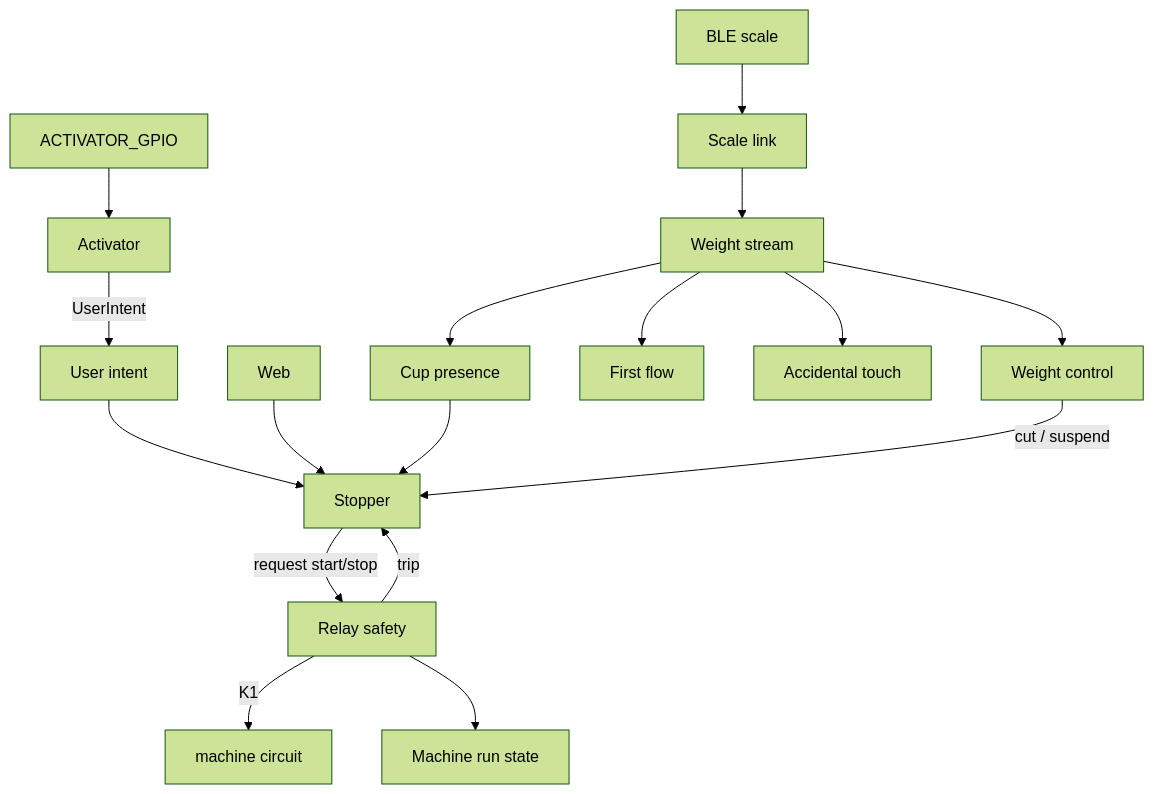
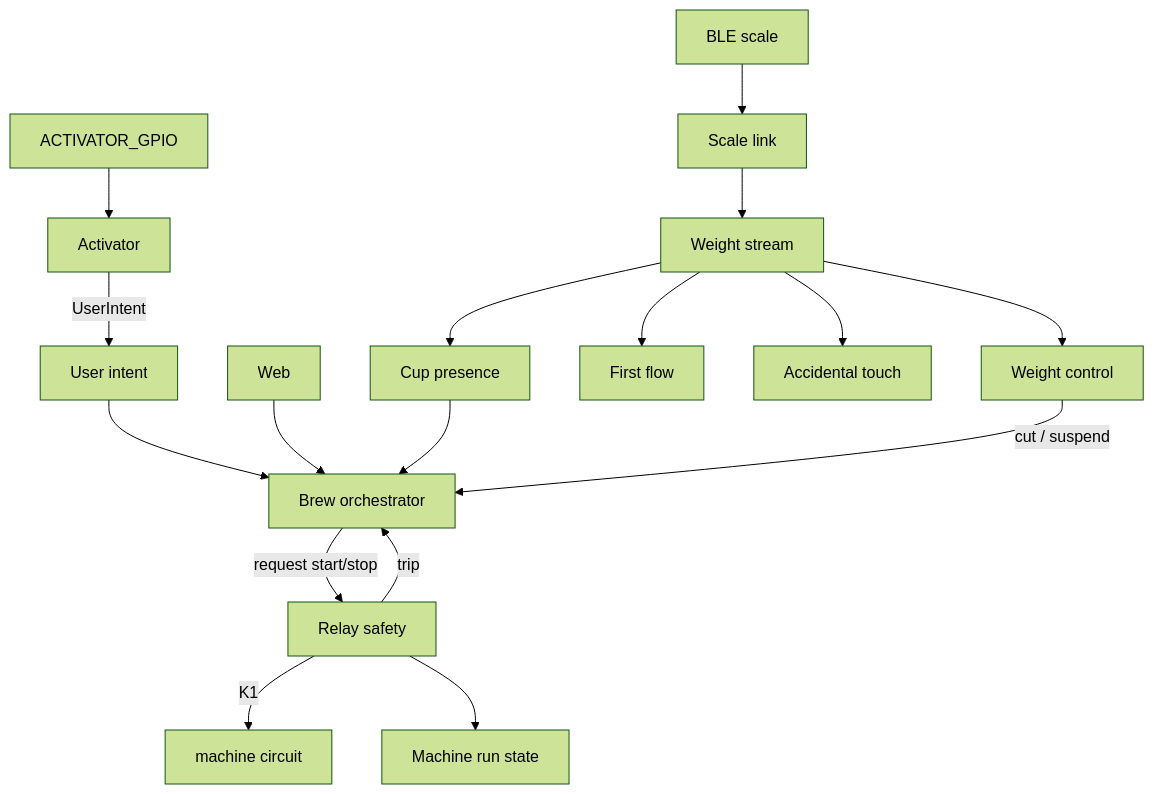
The diagram in docs/STATE_MACHINES.md (Cheerpipe/Advanced-Shot-Stopper), drawn with Mermaid (forest theme) before and after one commit. The commit also changed other lines of this file and 36 other files, not shown here.

````diff
--- a/docs/STATE_MACHINES.md
+++ b/docs/STATE_MACHINES.md
@@ -72,19 +72,19 @@
 ```mermaid
 flowchart TB
   gpio[ACTIVATOR_GPIO] --> activator[Activator]
   activator -->|UserIntent| intent[User intent]
-  intent --> stopper[Stopper]
-  web[Web] --> stopper
-  stopper -->|request start/stop| safety[Relay safety]
+  intent --> brew[Brew orchestrator]
+  web[Web] --> brew
+  brew -->|request start/stop| safety[Relay safety]
   safety -->|K1| circuit[machine circuit]
   safety --> run[Machine run state]
   ble[BLE scale] --> link[Scale link]
   link --> stream[Weight stream]
   stream --> cup[Cup presence]
   stream --> flow[First flow]
   stream --> touch[Accidental touch]
   stream --> wctl[Weight control]
-  cup --> stopper
-  wctl -->|cut / suspend| stopper
-  safety -->|trip| stopper
+  cup --> brew
+  wctl -->|cut / suspend| brew
+  safety -->|trip| brew
 ```
````
